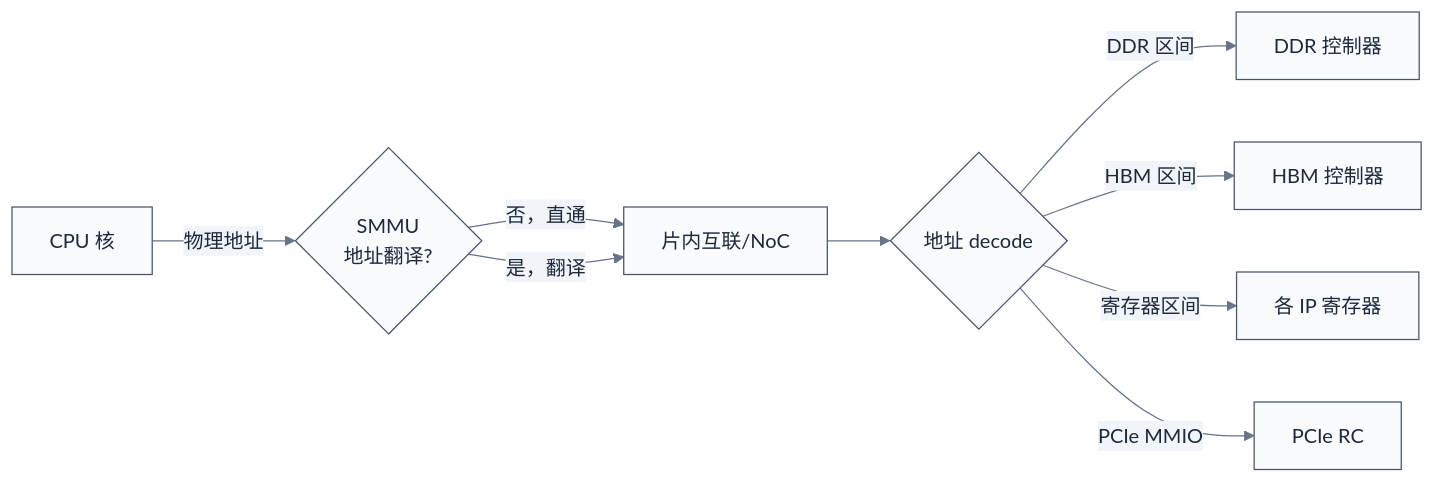
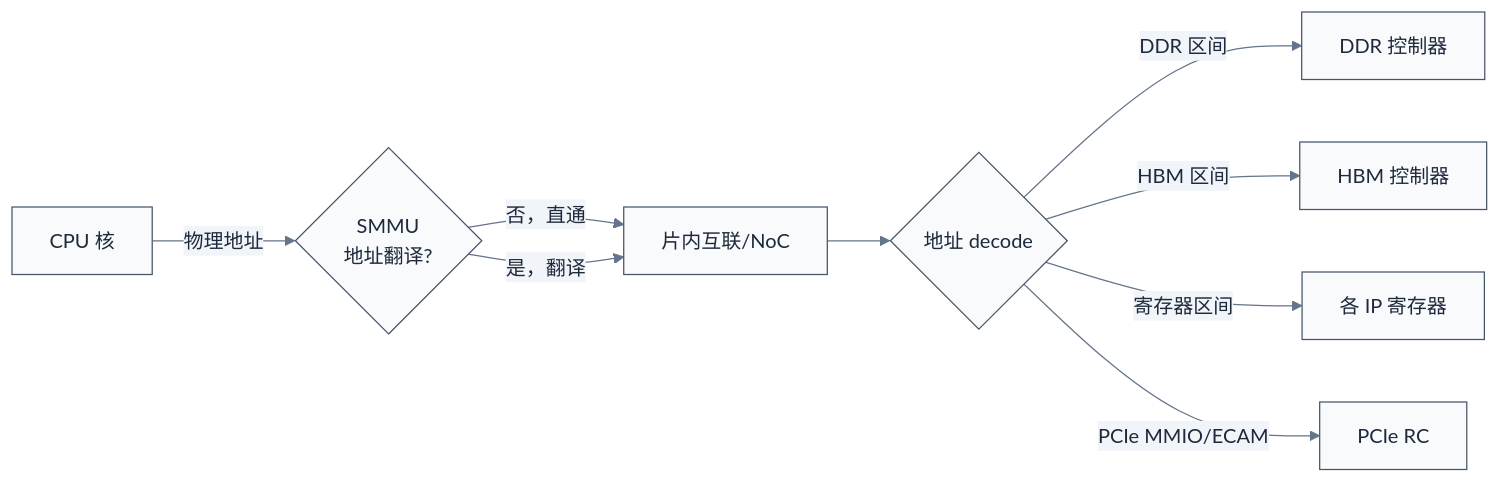
One commit to swjtuer326/cs-learning-notes changed the second of 2 diagrams in chip/02-规格定义与架构设计.md. Above: the diagram before and after it, drawn with Mermaid. The commit also changed other lines of this file and 4 other files, not shown here.

````diff
--- a/chip/02-规格定义与架构设计.md
+++ b/chip/02-规格定义与架构设计.md
@@ -259,12 +276,12 @@
 ```mermaid
 %%{init: {"theme": "base", "themeVariables": {"primaryColor": "#f8fafc", "primaryTextColor": "#1e293b", "primaryBorderColor": "#475569", "lineColor": "#64748b", "secondaryColor": "#f1f5f9", "secondaryBorderColor": "#94a3b8", "tertiaryColor": "#f8fafc", "fontFamily": "\"trebuchet ms\", verdana, arial, sans-serif"}}}%%
 flowchart LR
     CPU["CPU 核"] -->|"物理地址"| SMMU{"SMMU<br/>地址翻译?"}
     SMMU -->|"否，直通"| NoC["片内互联/NoC"]
     SMMU -->|"是，翻译"| NoC
     NoC --> Decode{"地址 decode"}
     Decode -->|"DDR 区间"| DDRC["DDR 控制器"]
     Decode -->|"HBM 区间"| HBMCtrl["HBM 控制器"]
     Decode -->|"寄存器区间"| IPs["各 IP 寄存器"]
-    Decode -->|"PCIe MMIO"| PCIe["PCIe RC"]
+    Decode -->|"PCIe MMIO/ECAM"| PCIe["PCIe RC"]
 ```
````
